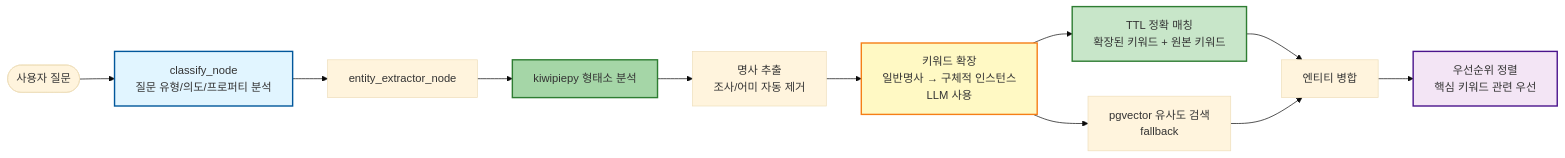
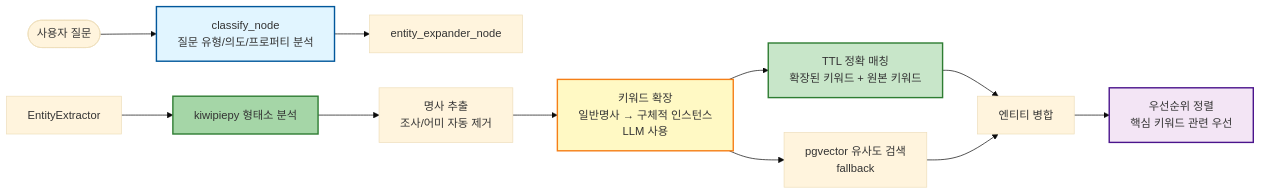
The third of 5 diagrams in backend/ontology_langgraph_structure/docs/README.md (SKNETWORKS-FAMILY-AICAMP/SKN18-FINAL-3TEAM), drawn with Mermaid (base theme) before and after one commit. The commit also changed other lines of this file and 28 other files, not shown here.

````diff
--- a/backend/ontology_langgraph_structure/docs/README.md
+++ b/backend/ontology_langgraph_structure/docs/README.md
@@ -1847,24 +1847,24 @@
 ```mermaid
 graph LR
     Query([사용자 질문]) --> Classify[classify_node<br/>질문 유형/의도/프로퍼티 분석]
 
-    Classify --> EntityExtractor[entity_extractor_node]
+    Classify --> EntityExpander[entity_expander_node]
     EntityExtractor --> Kiwi[kiwipiepy 형태소 분석]
     Kiwi --> Nouns[명사 추출<br/>조사/어미 자동 제거]
 
     Nouns --> Expand[키워드 확장<br/>일반명사 → 구체적 인스턴스<br/>LLM 사용]
 
     Expand --> TTLMatch[TTL 정확 매칭<br/>확장된 키워드 + 원본 키워드]
     Expand --> PgvectorSearch[pgvector 유사도 검색<br/>fallback]
 
     TTLMatch --> Entities[엔티티 병합]
     PgvectorSearch --> Entities
 
     Entities --> Priority[우선순위 정렬<br/>핵심 키워드 관련 우선]
 
     style Kiwi fill:#a5d6a7,stroke:#2e7d32,stroke-width:2px
     style Classify fill:#e1f5ff,stroke:#01579b,stroke-width:2px
     style Expand fill:#fff9c4,stroke:#f57f17,stroke-width:2px
     style TTLMatch fill:#c8e6c9,stroke:#2e7d32,stroke-width:2px
     style Priority fill:#f3e5f5,stroke:#4a148c,stroke-width:2px
 ```
````
